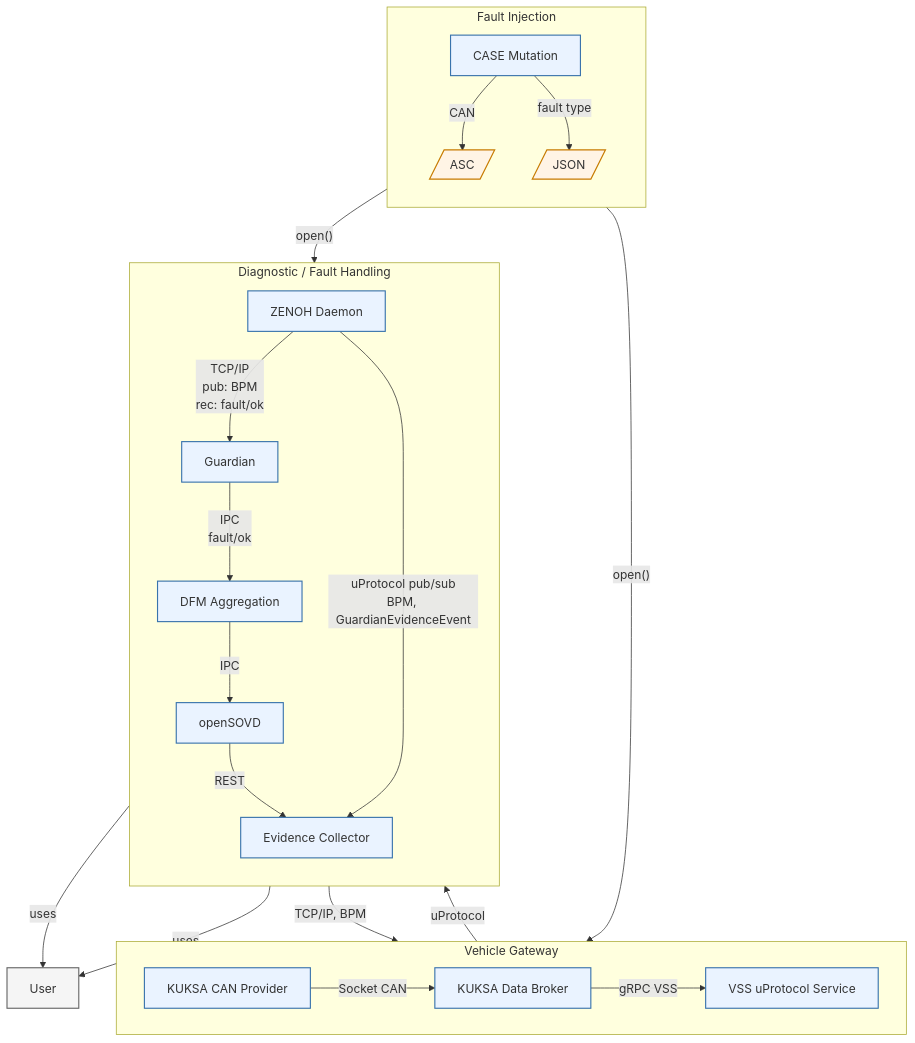
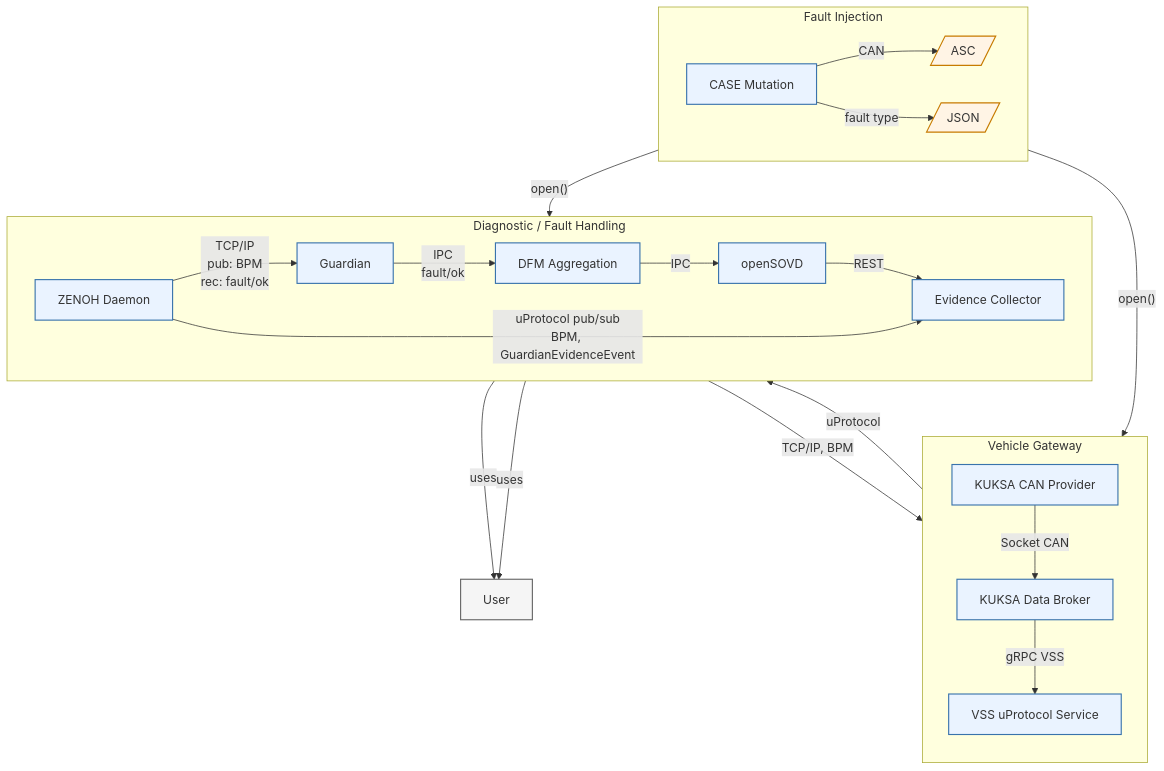
Before and after one commit to Eclipse-SDV-Hackathon-Chapter-Four/Weeping-Angel: the diagram in PLAN.md, drawn with Mermaid.

Commit message:
Change direction of subgraphs in PLAN.md

```diff
--- a/PLAN.md
+++ b/PLAN.md
@@ -9,7 +9,7 @@
     %% =========================================================
 
     subgraph FI["Fault Injection"]
-        direction TB
+        direction LR
 
         MUTATOR["CASE Mutation"]
 
@@ -26,7 +26,7 @@
     %% =========================================================
 
     subgraph VG["Vehicle Gateway"]
-        direction LR
+        direction TB
 
         KUKSA_CAN["KUKSA CAN Provider"]
         KUKSA_DB["KUKSA Data Broker"]
@@ -35,14 +35,15 @@
         KUKSA_CAN -->|"Socket CAN"| KUKSA_DB
         KUKSA_DB -->|"gRPC VSS"| VSS
     end
-
+    
+    VSS -->|"uProtocol"| GUARDIAN
 
     %% =========================================================
     %% Diagnostic / Fault Handling
     %% =========================================================
 
     subgraph DIAG["Diagnostic / Fault Handling"]
-        direction TB
+        direction LR
 
         ZENOH["ZENOH Daemon"]
         GUARDIAN["Guardian"]
@@ -63,7 +64,7 @@
 
     ASC -->|"open()"| KUKSA_CAN
 
-    VSS -->|"uProtocol"| GUARDIAN
+
 
     ZENOH -->|"TCP/IP, BPM"| VSS
 
```
